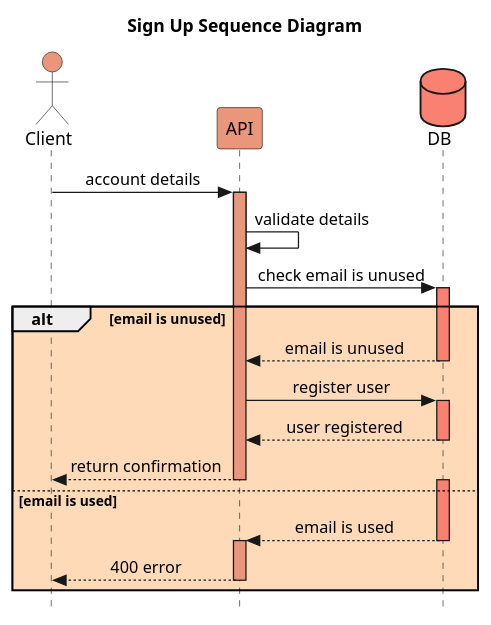
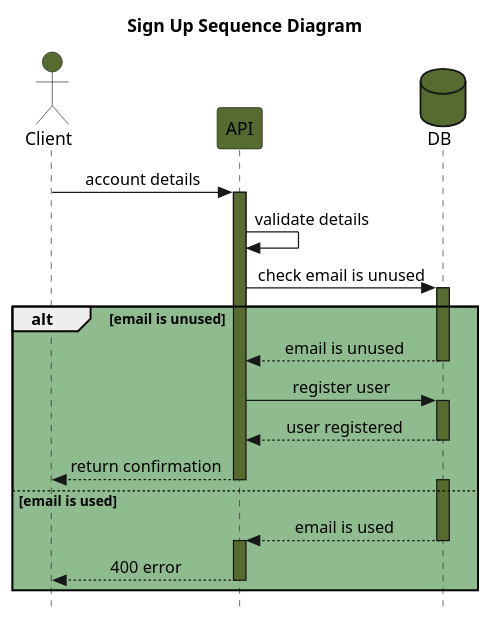
Before and after one commit to Arquisoft/wiq_en2b: the diagram in docs/diagrams/sequence/SequenceDiagramSignUp.puml, drawn with PlantUML. The commit also changed 2 other files, not shown here.

```diff
--- a/docs/diagrams/sequence/SequenceDiagramSignUp.puml
+++ b/docs/diagrams/sequence/SequenceDiagramSignUp.puml
@@ -1,32 +1,32 @@
 @startuml sign up
 title Sign Up Sequence Diagram
-actor Client #darksalmon
-participant API #darksalmon
-database DB #salmon
+actor Client #darkolivegreen
+participant API #darkolivegreen
+database DB #darkolivegreen
 skinparam Style strictuml
 skinparam SequenceMessageAlignment center
 
 Client -> API : account details
-activate API #darksalmon
+activate API #darkolivegreen
 API -> API : validate details
 API -> DB  : check email is unused
-alt #PeachPuff email is unused
-    activate DB #salmon
+alt #darkseagreen email is unused
+    activate DB #darkolivegreen
     DB --> API  : email is unused
     deactivate DB
 
     API -> DB  : register user
-    activate DB #salmon
+    activate DB #darkolivegreen
     DB --> API  : user registered
     deactivate DB
     API --> Client  : return confirmation
     deactivate API
 else email is used
-    activate DB #salmon
+    activate DB #darkolivegreen
     DB --> API  : email is used
     deactivate DB
-    activate API #darksalmon
+    activate API #darkolivegreen
     API --> Client  : 400 error
     deactivate API
 end
 @enduml
```
